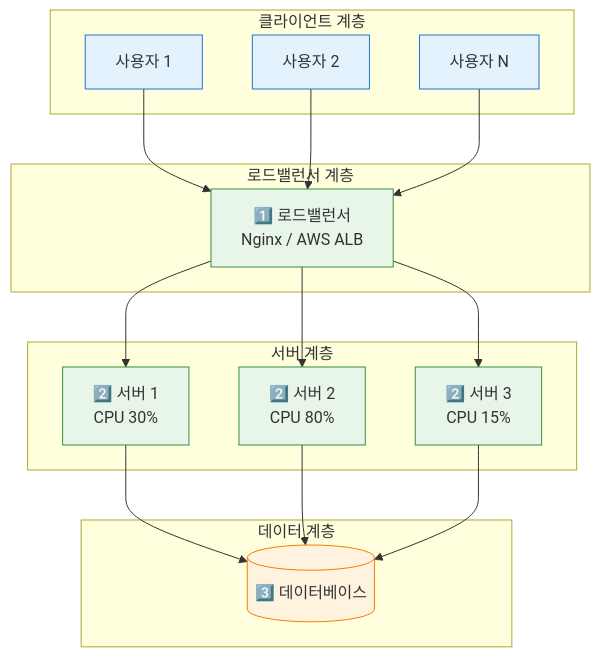
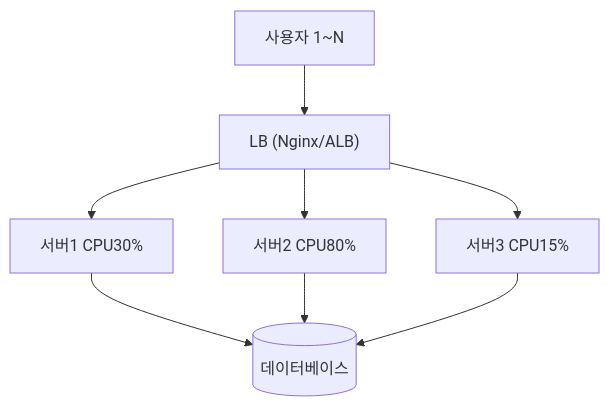
Before and after one commit to yjkim2015/yjkim2015.github.io: the sixth of 17 diagrams in _posts/systemdesign/2026-05-02-system-design-fundamentals.md, drawn with Mermaid. The commit also changed other lines of this file and 215 other files, not shown here.

First line of the commit message:
신규 포스트 10개 추가 + Mermaid 전면 축소 + SystemDesign 시리즈 보강

````diff
--- a/_posts/systemdesign/2026-05-02-system-design-fundamentals.md
+++ b/_posts/systemdesign/2026-05-02-system-design-fundamentals.md
@@ -313,36 +259,8 @@
 ```mermaid
 graph TD
-    subgraph "클라이언트 계층"
-        U1["사용자 1"]
-        U2["사용자 2"]
-        U3["사용자 N"]
-    end
-    subgraph "로드밸런서 계층"
-        LB["1️⃣ 로드밸런서\nNginx / AWS ALB"]
-    end
-    subgraph "서버 계층"
-        S1["2️⃣ 서버 1\nCPU 30%"]
-        S2["2️⃣ 서버 2\nCPU 80%"]
-        S3["2️⃣ 서버 3\nCPU 15%"]
-    end
-    subgraph "데이터 계층"
-        DB[("3️⃣ 데이터베이스")]
-    end
-
-    U1 --> LB
-    U2 --> LB
-    U3 --> LB
-    LB --> S1
-    LB --> S2
-    LB --> S3
-    S1 --> DB
-    S2 --> DB
-    S3 --> DB
-
-    classDef client fill:#e3f2fd,stroke:#1976d2
-    classDef server fill:#e8f5e9,stroke:#388e3c
-    classDef db fill:#fff3e0,stroke:#f57c00
-    class U1,U2,U3 client
-    class LB,S1,S2,S3 server
-    class DB db
+    U["사용자 1~N"] --> LB["LB (Nginx/ALB)"]
+    LB --> S1["서버1 CPU30%"]
+    LB --> S2["서버2 CPU80%"]
+    LB --> S3["서버3 CPU15%"]
+    S1 & S2 & S3 --> DB[("데이터베이스")]
 ```
````
